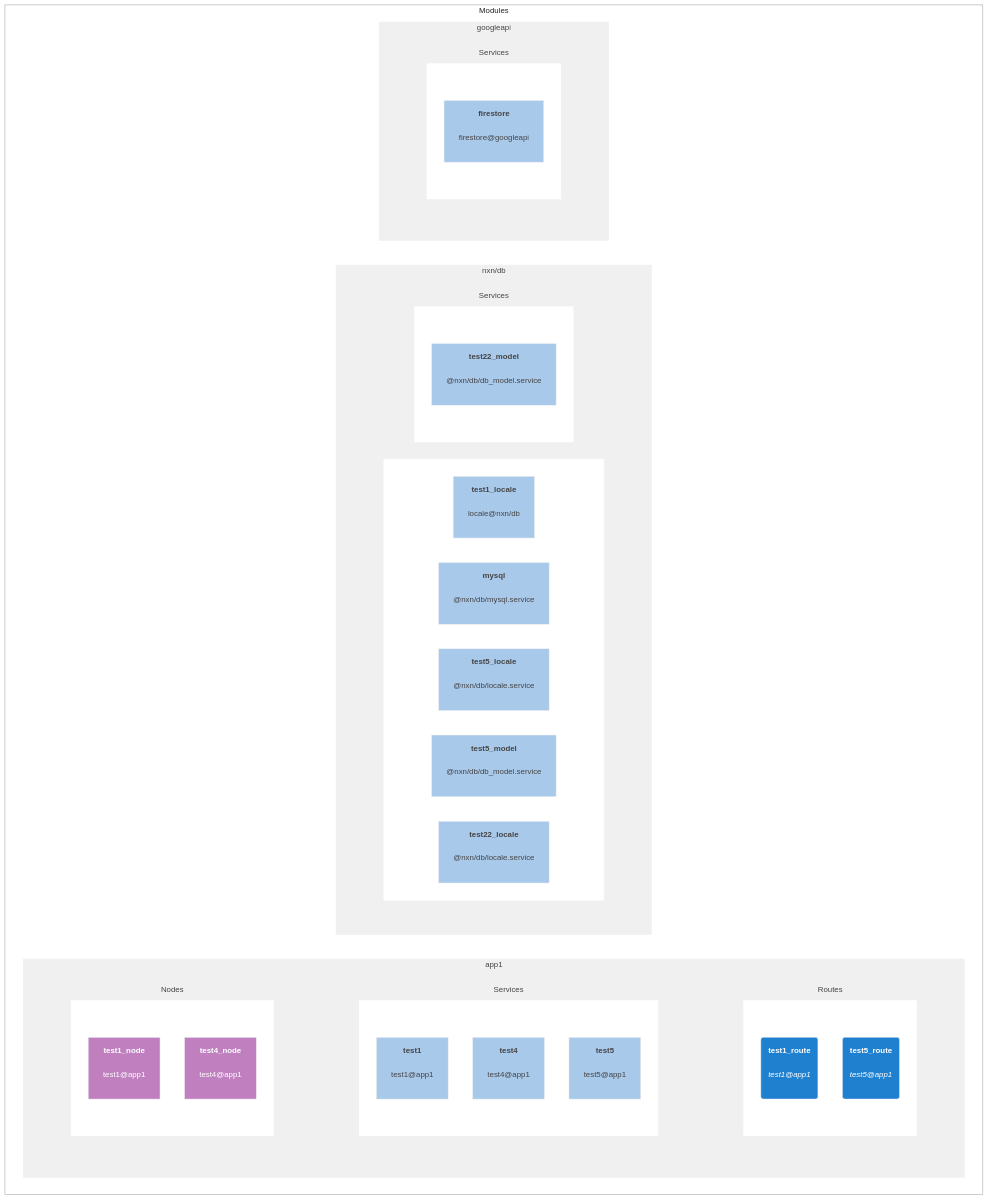
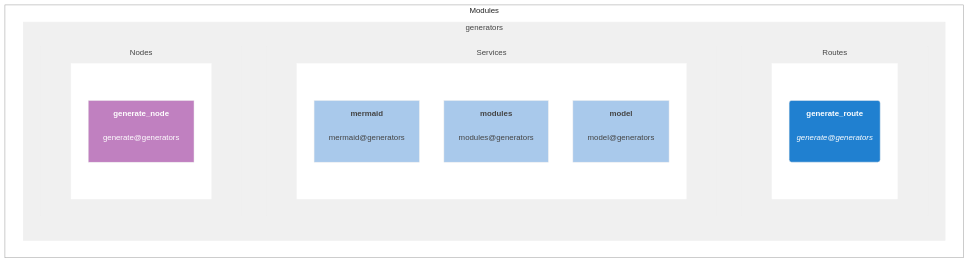
Before and after one commit to franck-yvetot/nxn-cli: the diagram in client_data/default/config_default.modules.README.mmd, drawn with Mermaid. The commit also changed 5 other files, not shown here.

```diff
--- a/client_data/default/config_default.modules.README.mmd
+++ b/client_data/default/config_default.modules.README.mmd
@@ -1,124 +1,62 @@
 graph TB;
 
 subgraph Modules
     direction LR;
     classDef nodeCls fill:#C080C0,stroke:#eee,color:#fff
     classDef routeCls fill:#2080D0,stroke:#eee,color:#fff
     classDef nodCls fill:#C080C0,stroke:#eee,color:#fff
     classDef serviceCls fill:#A9C9EB,stroke:#eee,color:#444
 
 
-subgraph app1
+subgraph generators
 direction TB;
 
-subgraph app1:routes["Routes"]
+subgraph generators:routes["Routes"]
 direction LR;
 
-subgraph app1_routes1
+subgraph generators_routes1
 direction TB;
-    test1_route_doc("<b>test1_route</b><br><br><i>test1@app1</i><br><br>"):::routeCls
-
-    test5_route_doc("<b>test5_route</b><br><br><i>test5@app1</i><br><br>"):::routeCls
+    generate_route_doc("<b>generate_route</b><br><br><i>generate@generators</i><br><br>"):::routeCls
 
 end
-style app1_routes1 fill:#fff,stroke:#fff,color:#fff
+style generators_routes1 fill:#fff,stroke:#fff,color:#fff
 
 end
-style app1:routes fill:#f0f0f0,stroke:#eee,color:#444
+style generators:routes fill:#f0f0f0,stroke:#eee,color:#444
 
 
-subgraph app1:services["Services"]
+subgraph generators:services["Services"]
 direction LR;
 
-subgraph app1_services1
+subgraph generators_services1
 direction TB;
-    test1_doc["<b>test1</b><br><br>test1@app1<br><br>"]:::serviceCls
+    mermaid_doc["<b>mermaid</b><br><br>mermaid@generators<br><br>"]:::serviceCls
 
-    test4_doc["<b>test4</b><br><br>test4@app1<br><br>"]:::serviceCls
+    modules_doc["<b>modules</b><br><br>modules@generators<br><br>"]:::serviceCls
 
-    test5_doc["<b>test5</b><br><br>test5@app1<br><br>"]:::serviceCls
+    model_doc["<b>model</b><br><br>model@generators<br><br>"]:::serviceCls
 
 end
-style app1_services1 fill:#fff,stroke:#fff,color:#fff
+style generators_services1 fill:#fff,stroke:#fff,color:#fff
 
 end
-style app1:services fill:#f0f0f0,stroke:#eee,color:#444
+style generators:services fill:#f0f0f0,stroke:#eee,color:#444
 
 
-subgraph app1:nodes["Nodes"]
+subgraph generators:nodes["Nodes"]
 direction LR;
 
-subgraph app1_nodes1
+subgraph generators_nodes1
 direction TB;
-    test1_node_doc["<b>test1_node</b><br><br>test1@app1<br><br>"]:::nodeCls
-
-    test4_node_doc["<b>test4_node</b><br><br>test4@app1<br><br>"]:::nodeCls
+    generate_node_doc["<b>generate_node</b><br><br>generate@generators<br><br>"]:::nodeCls
 
 end
-style app1_nodes1 fill:#fff,stroke:#fff,color:#fff
+style generators_nodes1 fill:#fff,stroke:#fff,color:#fff
 
 end
-style app1:nodes fill:#f0f0f0,stroke:#eee,color:#444
+style generators:nodes fill:#f0f0f0,stroke:#eee,color:#444
 
 end
-style app1 fill:#f0f0f0,stroke:#eee,color:#444
-
-
-
-subgraph nxn/db
-direction TB;
-
-subgraph nxn/db:services["Services"]
-direction LR;
-
-subgraph nxn/db_services1
-direction TB;
-    test1_locale_doc["<b>test1_locale</b><br><br>locale@nxn/db<br><br>"]:::serviceCls
-
-    mysql_doc["<b>mysql</b><br><br>@nxn/db/mysql.service<br><br>"]:::serviceCls
-
-    test5_locale_doc["<b>test5_locale</b><br><br>@nxn/db/locale.service<br><br>"]:::serviceCls
-
-    test5_model_doc["<b>test5_model</b><br><br>@nxn/db/db_model.service<br><br>"]:::serviceCls
-
-    test22_locale_doc["<b>test22_locale</b><br><br>@nxn/db/locale.service<br><br>"]:::serviceCls
-
-end
-style nxn/db_services1 fill:#fff,stroke:#fff,color:#fff
-
-
-subgraph nxn/db_services2
-direction TB;
-    test22_model_doc["<b>test22_model</b><br><br>@nxn/db/db_model.service<br><br>"]:::serviceCls
-
-end
-style nxn/db_services2 fill:#fff,stroke:#fff,color:#fff
-
-end
-style nxn/db:services fill:#f0f0f0,stroke:#eee,color:#444
-
-end
-style nxn/db fill:#f0f0f0,stroke:#eee,color:#444
-
-
-
-subgraph googleapi
-direction TB;
-
-subgraph googleapi:services["Services"]
-direction LR;
-
-subgraph googleapi_services1
-direction TB;
-    firestore_doc["<b>firestore</b><br><br>firestore@googleapi<br><br>"]:::serviceCls
-
-end
-style googleapi_services1 fill:#fff,stroke:#fff,color:#fff
-
-end
-style googleapi:services fill:#f0f0f0,stroke:#eee,color:#444
-
-end
-style googleapi fill:#f0f0f0,stroke:#eee,color:#444
+style generators fill:#f0f0f0,stroke:#eee,color:#444
 end
 style Modules fill:#fff,stroke:#999,color:#222
```
